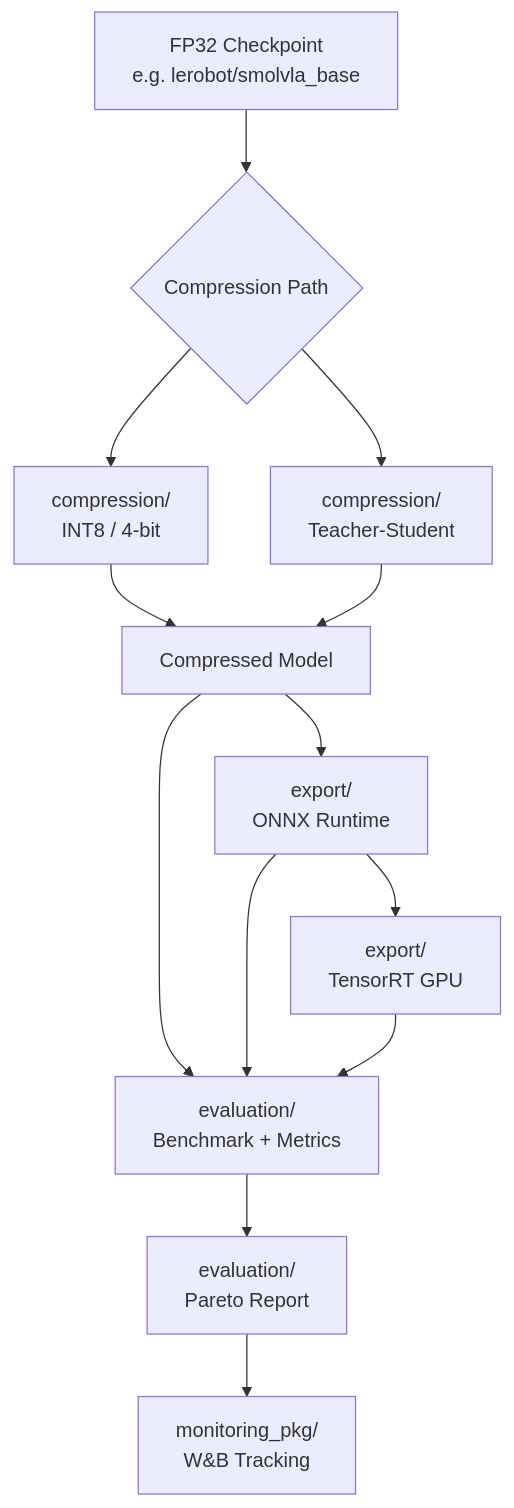
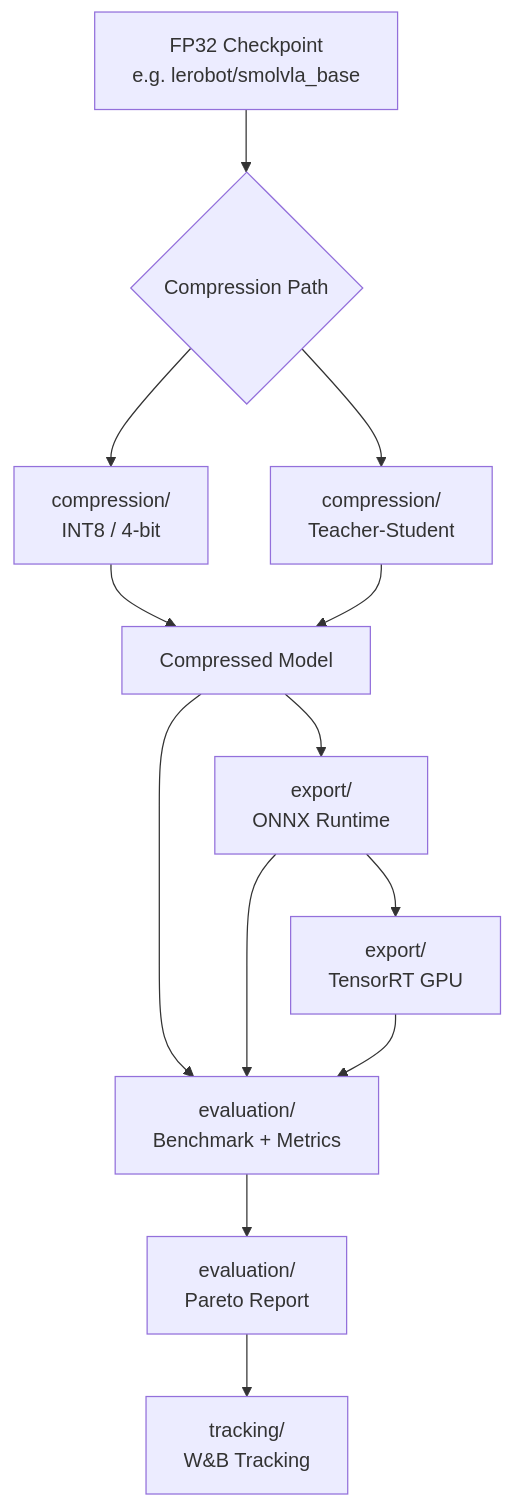
The diagram in README.md (eddisonpham/LeRobot-Edge), drawn with Mermaid before and after one commit. The commit also changed other lines of this file and 6 other files, not shown here.

Commit message:
chore: rename monitoring_pkg to tracking, guard all log methods, fix wrapper consistency

````diff
--- a/README.md
+++ b/README.md
@@ -9,15 +9,15 @@
 ```mermaid
 graph TD
     A[FP32 Checkpoint<br/>e.g. lerobot/smolvla_base] --> B{Compression Path}
     B --> C[compression/<br/>INT8 / 4-bit]
     B --> D[compression/<br/>Teacher-Student]
     C --> E[Compressed Model]
     D --> E
     E --> F[export/<br/>ONNX Runtime]
     F --> G[export/<br/>TensorRT GPU]
     E --> H[evaluation/<br/>Benchmark + Metrics]
     F --> H
     G --> H
     H --> I[evaluation/<br/>Pareto Report]
-    I --> J[monitoring_pkg/<br/>W&B Tracking]
+    I --> J[tracking/<br/>W&B Tracking]
 ```
````
